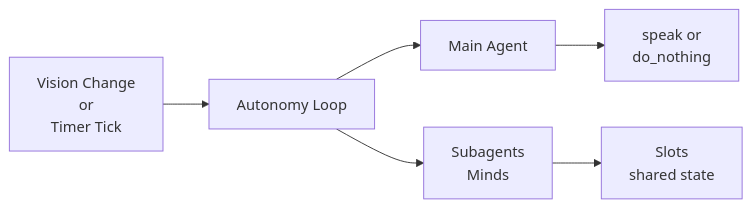
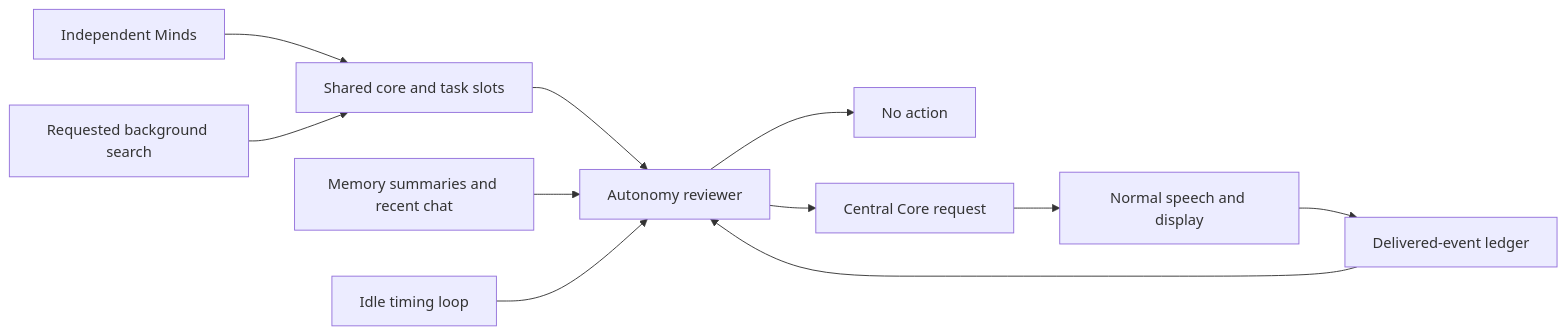
Before and after one commit to dnhkng/GLaDOS: the diagram in docs/autonomy.md, drawn with Mermaid. The commit also changed other lines of this file and 76 other files, not shown here.

````diff
--- a/docs/autonomy.md
+++ b/docs/autonomy.md
@@ -11,8 +5,13 @@
 ```mermaid
 flowchart LR
-    A[Vision Change<br>or<br>Timer Tick] --> B[Autonomy Loop]
-    B --> C[Main Agent]
-    B --> D[Subagents<br>Minds]
-    C --> E[speak or<br>do_nothing]
-    D --> F[Slots<br>shared state]
+    Minds[Independent Minds] --> Slots[Shared core and task slots]
+    Search[Requested background search] --> Slots
+    Slots --> Review[Autonomy reviewer]
+    Chat[Memory summaries and recent chat] --> Review
+    Timer[Idle timing loop] --> Review
+    Review --> Null[No action]
+    Review --> Central[Central Core request]
+    Central --> Delivery[Normal speech and display]
+    Delivery --> Ledger[Delivered-event ledger]
+    Ledger --> Review
 ```
````
